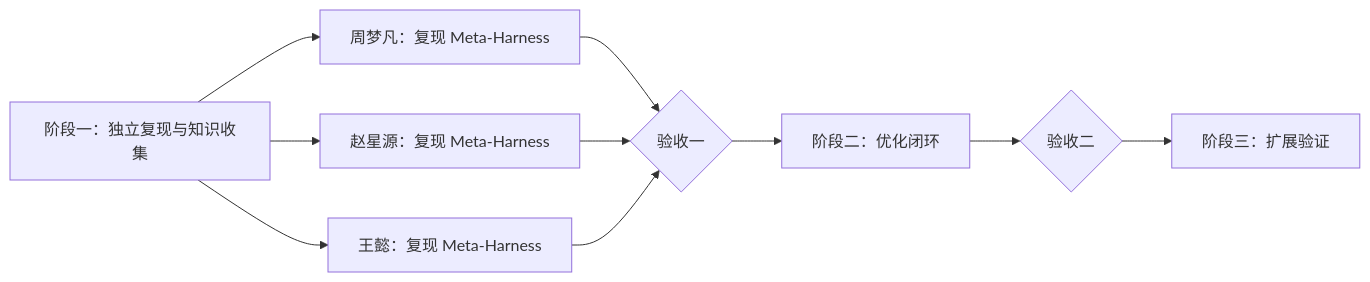
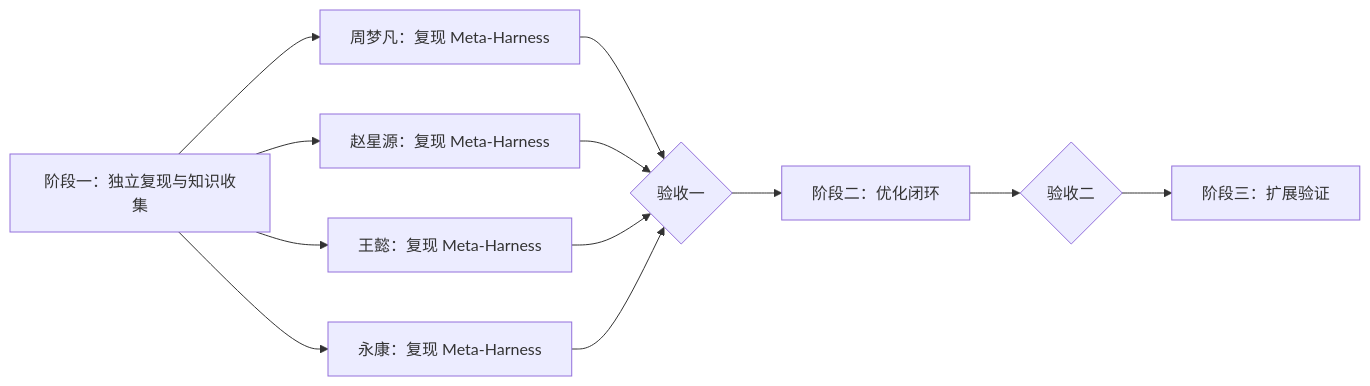
The diagram in docs/team-execution-plan.md (estreallaxy/knowledge-guided-harness-evolution), drawn with Mermaid before and after one commit. The commit also changed other lines of this file and 4 other files, not shown here.

````diff
--- a/docs/team-execution-plan.md
+++ b/docs/team-execution-plan.md
@@ -5,12 +5,14 @@
 ```mermaid
 flowchart LR
     A[阶段一：独立复现与知识收集] --> A1[周梦凡：复现 Meta-Harness]
     A --> A2[赵星源：复现 Meta-Harness]
     A --> A3[王懿：复现 Meta-Harness]
+    A --> A4[永康：复现 Meta-Harness]
     A1 --> B{验收一}
     A2 --> B
     A3 --> B
+    A4 --> B
     B --> C[阶段二：优化闭环]
     C --> D{验收二}
     D --> E[阶段三：扩展验证]
 ```
````
